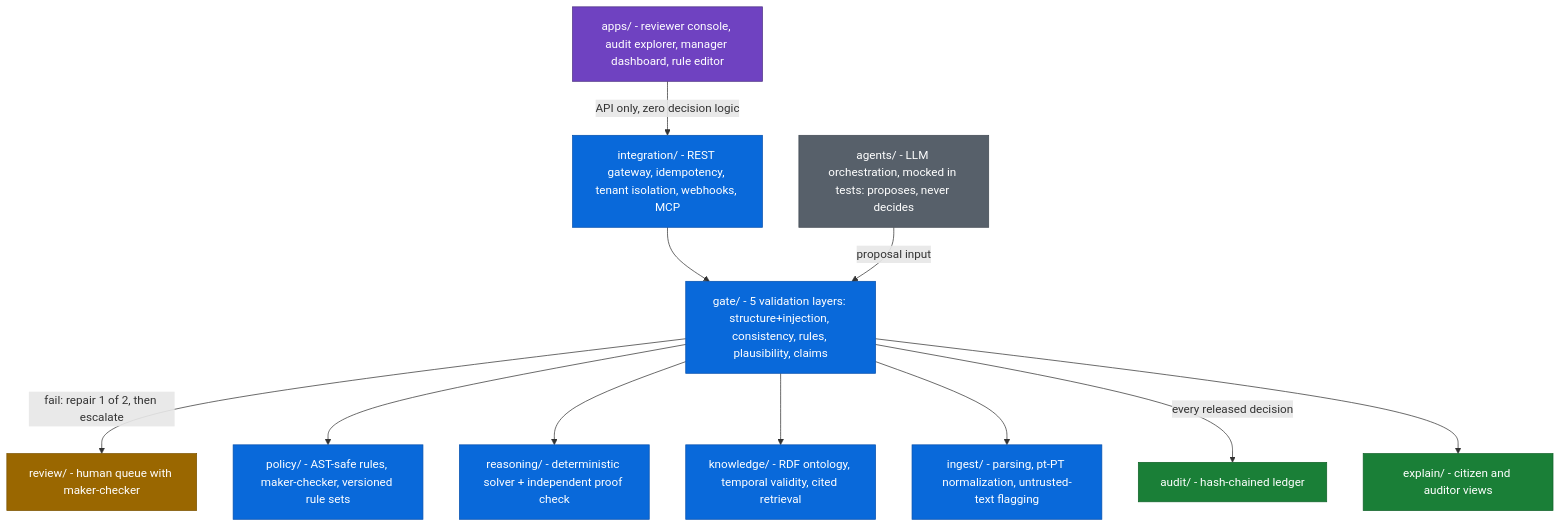
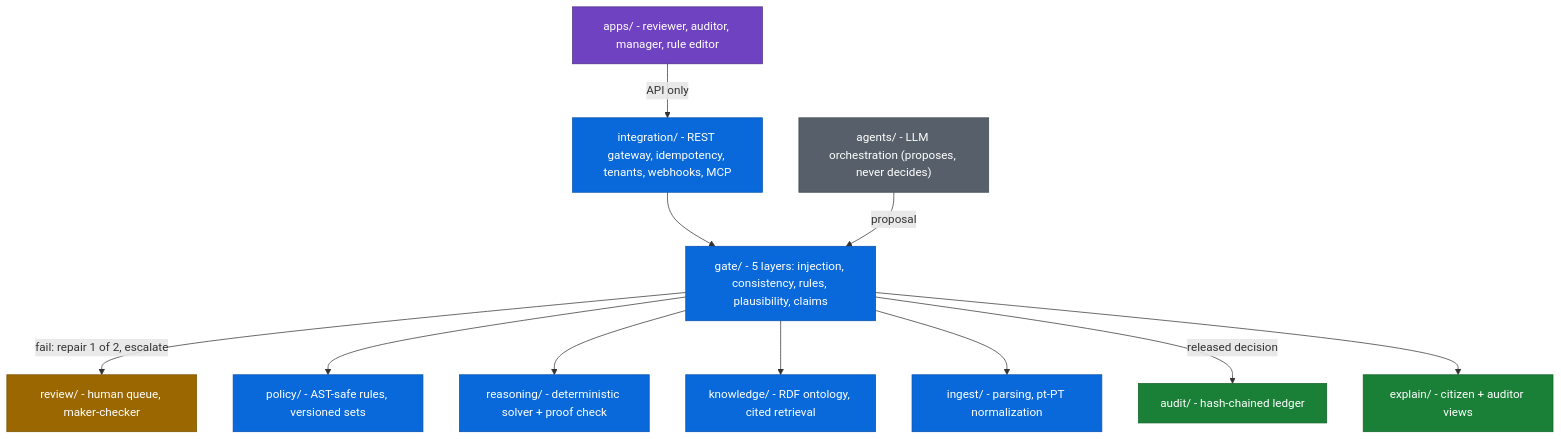
The first of 2 diagrams in README.md (rafaelcontente/AMALIA-NeSyOps), drawn with Mermaid before and after one commit. The commit also changed other lines of this file, not shown here.

Commit message:
docs: rewrite README from scratch - professional, bilingual-clean, badges, emojis, integrated Phase 2, 600+ tests, Apache-2.0

````diff
--- a/README.md
+++ b/README.md
@@ -59,31 +73,31 @@
 ```mermaid
 flowchart TD
-    APPS["apps/ - reviewer console, audit explorer, manager dashboard, rule editor"]:::iface
-    INT["integration/ - REST gateway, idempotency, tenant isolation, webhooks, MCP"]:::pipe
-    GATE["gate/ - 5 validation layers: structure+injection, consistency, rules, plausibility, claims"]:::pipe
-    REVIEW["review/ - human queue with maker-checker"]:::human
-    POL["policy/ - AST-safe rules, maker-checker, versioned rule sets"]:::pipe
-    REA["reasoning/ - deterministic solver + independent proof check"]:::pipe
-    KNO["knowledge/ - RDF ontology, temporal validity, cited retrieval"]:::pipe
-    ING["ingest/ - parsing, pt-PT normalization, untrusted-text flagging"]:::pipe
-    AGENTS["agents/ - LLM orchestration, mocked in tests: proposes, never decides"]:::llm
+    APPS["apps/ - reviewer, auditor, manager, rule editor"]:::iface
+    INT["integration/ - REST gateway, idempotency, tenants, webhooks, MCP"]:::pipe
+    GATE["gate/ - 5 layers: injection, consistency, rules, plausibility, claims"]:::pipe
+    REVIEW["review/ - human queue, maker-checker"]:::human
+    POL["policy/ - AST-safe rules, versioned sets"]:::pipe
+    REA["reasoning/ - deterministic solver + proof check"]:::pipe
+    KNO["knowledge/ - RDF ontology, cited retrieval"]:::pipe
+    ING["ingest/ - parsing, pt-PT normalization"]:::pipe
+    AGENTS["agents/ - LLM orchestration (proposes, never decides)"]:::llm
     AUD["audit/ - hash-chained ledger"]:::evid
-    EXP["explain/ - citizen and auditor views"]:::evid
+    EXP["explain/ - citizen + auditor views"]:::evid
 
-    APPS -->|API only, zero decision logic| INT
+    APPS -->|API only| INT
     INT --> GATE
-    GATE -->|fail: repair 1 of 2, then escalate| REVIEW
+    GATE -->|fail: repair 1 of 2, escalate| REVIEW
     GATE --> POL
     GATE --> REA
     GATE --> KNO
     GATE --> ING
-    AGENTS -->|proposal input| GATE
-    GATE -->|every released decision| AUD
+    AGENTS -->|proposal| GATE
+    GATE -->|released decision| AUD
     GATE --> EXP
 
     classDef iface fill:#6f42c1,stroke:#4b2e83,color:#fff
     classDef pipe  fill:#0969da,stroke:#0550ae,color:#fff
     classDef evid  fill:#1a7f37,stroke:#116329,color:#fff
     classDef human fill:#9a6700,stroke:#7d5400,color:#fff
     classDef llm   fill:#57606a,stroke:#424a53,color:#fff
 ```
````
